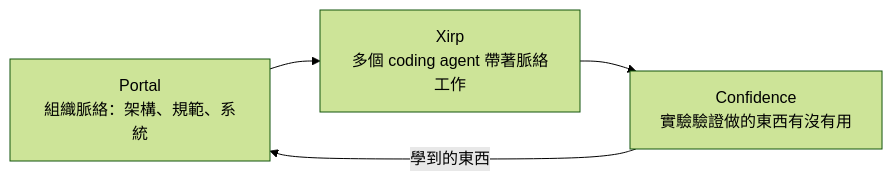
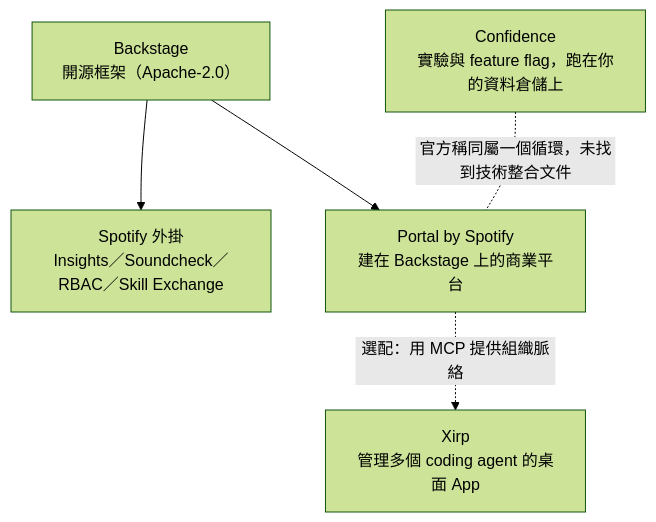
One commit to vincentxuu/quidproquo changed the diagram in src/content/posts/ai/2026-10-11-spotify-technology-rd-tools.md. Above: the diagram before and after it, drawn with Mermaid (forest theme). The commit also changed other lines of this file and 1 other file, not shown here.

Commit message:
post(ai): 釐清 Backstage、Portal、外掛、Xirp、Confidence 的依賴關係
Claude-Session: https://claude.ai/code/session_01NtDfbYTmBpbGeu33VXu73i

````diff
--- a/src/content/posts/ai/2026-10-11-spotify-technology-rd-tools.md
+++ b/src/content/posts/ai/2026-10-11-spotify-technology-rd-tools.md
@@ -42,6 +44,12 @@
 ```mermaid
-flowchart LR
-  P["Portal<br/>組織脈絡：架構、規範、系統"] --> X["Xirp<br/>多個 coding agent 帶著脈絡工作"]
-  X --> C["Confidence<br/>實驗驗證做的東西有沒有用"]
-  C -->|"學到的東西"| P
+flowchart TB
+  B["Backstage<br/>開源框架（Apache-2.0）"]
+  PL["Spotify 外掛<br/>Insights／Soundcheck／RBAC／Skill Exchange"]
+  P["Portal by Spotify<br/>建在 Backstage 上的商業平台"]
+  X["Xirp<br/>管理多個 coding agent 的桌面 App"]
+  C["Confidence<br/>實驗與 feature flag，跑在你的資料倉儲上"]
+  B --> PL
+  B --> P
+  P -. "選配：用 MCP 提供組織脈絡" .-> X
+  C -. "官方稱同屬一個循環，未找到技術整合文件" .- P
 ```
````
